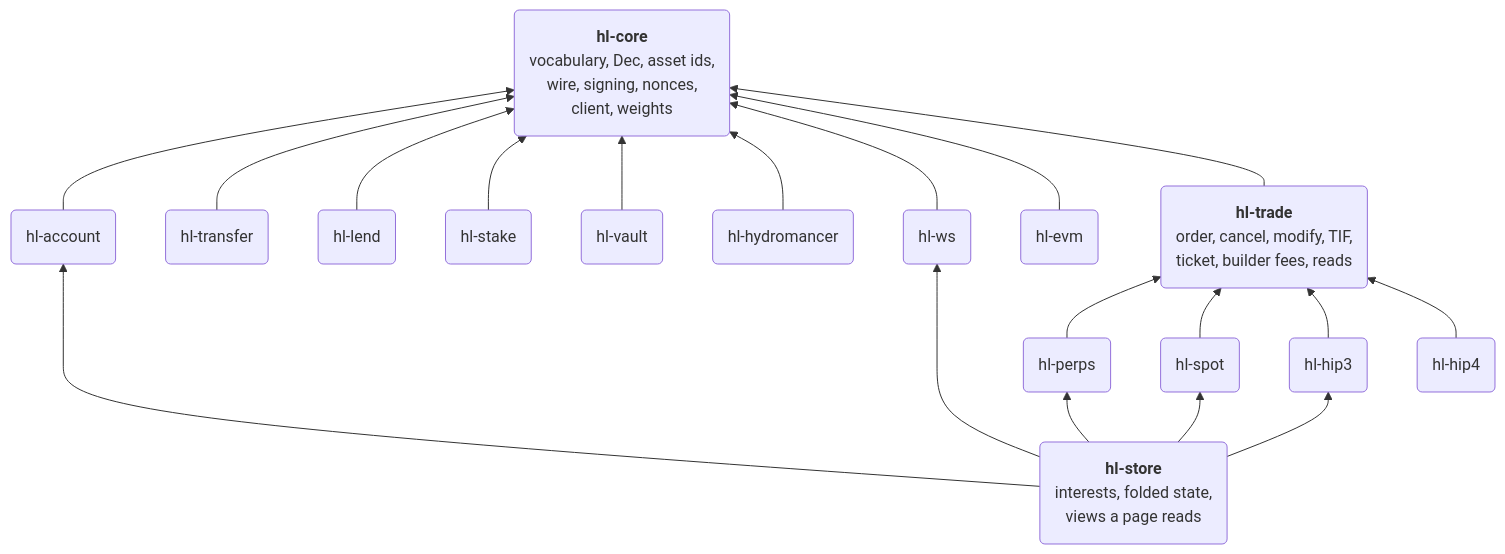
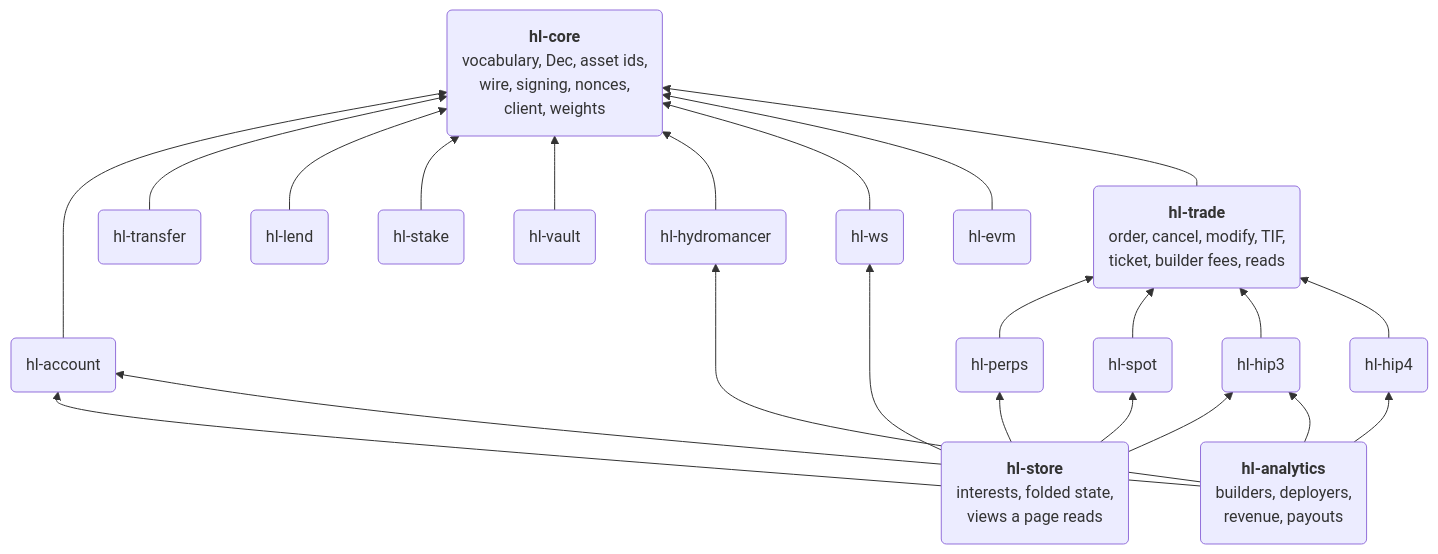
Before and after one commit to dennisfurrer/df-hyperliquid-core: the diagram in README.md, drawn with Mermaid. The commit also changed other lines of this file and 19 other files, not shown here.

````diff
--- a/README.md
+++ b/README.md
@@ -5,26 +5,31 @@
 ```mermaid
 flowchart BT
   CORE("<b>hl-core</b><br/>vocabulary, Dec, asset ids,<br/>wire, signing, nonces,<br/>client, weights")
   TRADE("<b>hl-trade</b><br/>order, cancel, modify, TIF,<br/>ticket, builder fees, reads")
 
   ACCOUNT("hl-account") --> CORE
   TRANSFER("hl-transfer") --> CORE
   LEND("hl-lend") --> CORE
   STAKE("hl-stake") --> CORE
   VAULT("hl-vault") --> CORE
   HYDRO("hl-hydromancer") --> CORE
   WS("hl-ws") --> CORE
   EVM("hl-evm") --> CORE
   TRADE --> CORE
 
   PERPS("hl-perps") --> TRADE
   SPOT("hl-spot") --> TRADE
   HIP3("hl-hip3") --> TRADE
   HIP4("hl-hip4") --> TRADE
 
   STORE("<b>hl-store</b><br/>interests, folded state,<br/>views a page reads") --> WS
   STORE --> ACCOUNT
   STORE --> PERPS
   STORE --> SPOT
   STORE --> HIP3
+
+  ANALYTICS("<b>hl-analytics</b><br/>builders, deployers,<br/>revenue, payouts") --> HIP3
+  ANALYTICS --> HIP4
+  ANALYTICS --> HYDRO
+  ANALYTICS --> ACCOUNT
 ```
````
